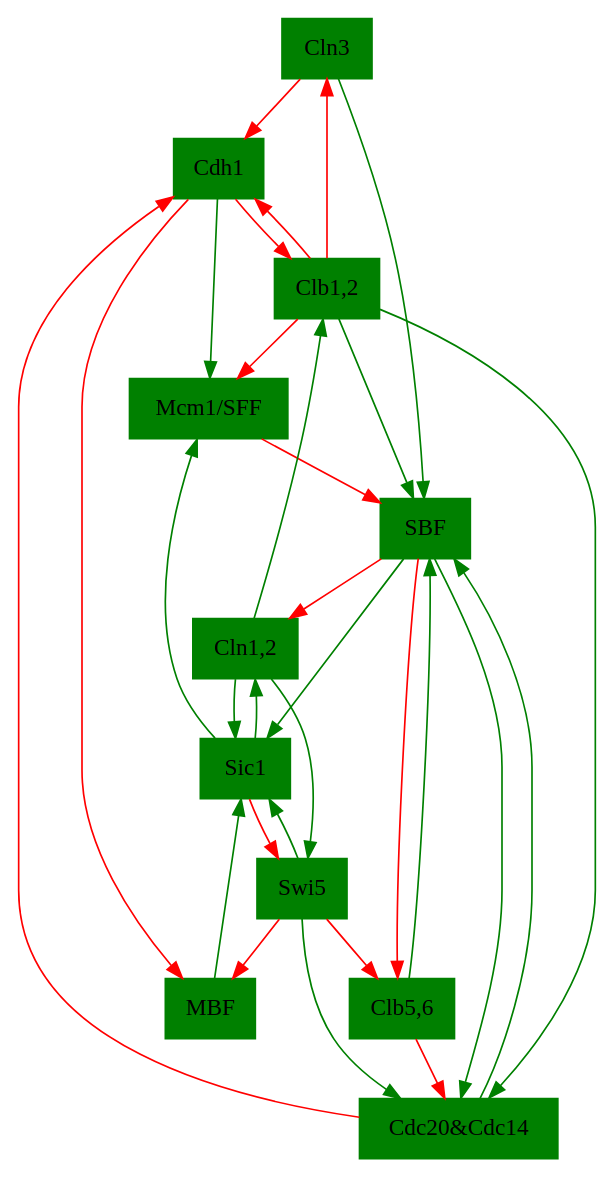
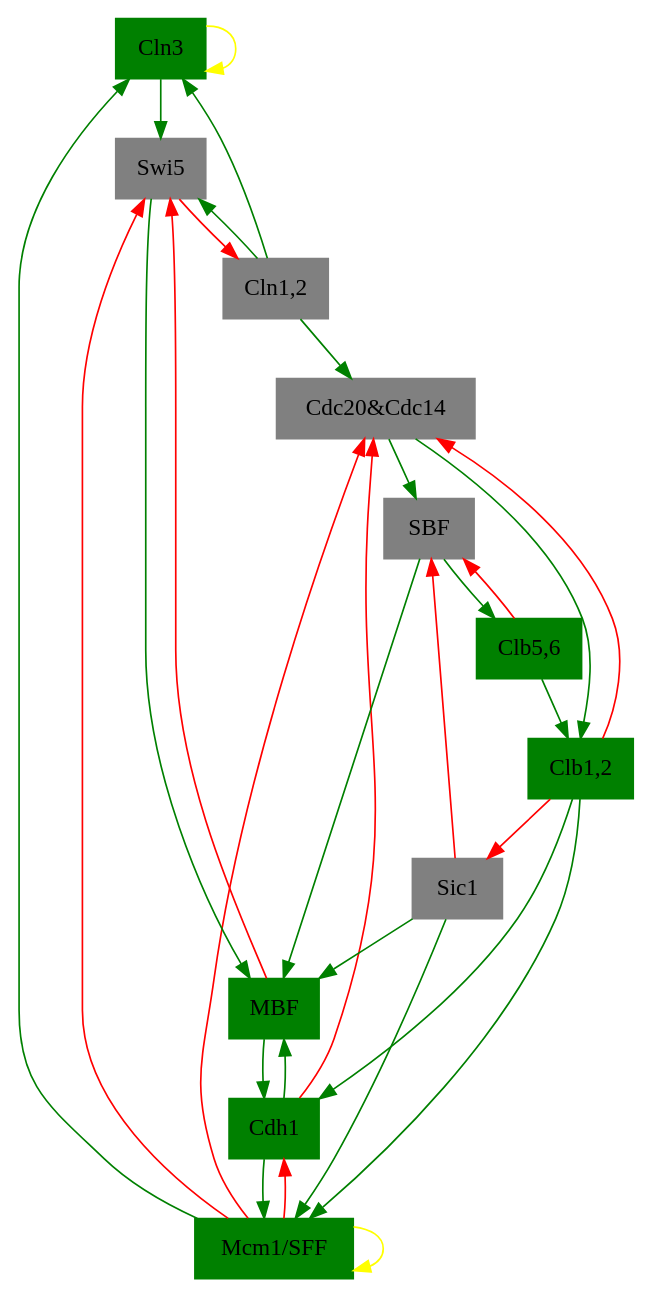
Before and after one commit to ellaqezi/cellCycle: the diagram in random.gv, drawn with Graphviz. The commit also changed 6 other files, not shown here.

```diff
--- a/random.gv
+++ b/random.gv
@@ -1,61 +1,61 @@
-digraph 11111111111  {
+digraph 11001001011  {
 "Cln3" [shape=box, color=green, style=filled];
-	edge [color=red]; 
-	"Clb1,2" -> "Cln3";
+	edge [color=yellow]; 
+	"Cln3" -> "Cln3";
+	edge [color=green]; 
+	"Cln1,2" -> "Cln3";
+	"Mcm1/SFF" -> "Cln3";
 "MBF" [shape=box, color=green, style=filled];
-	edge [color=red]; 
+	edge [color=green]; 
 	"Cdh1" -> "MBF";
+	"SBF" -> "MBF";
+	"Sic1" -> "MBF";
 	"Swi5" -> "MBF";
-"SBF" [shape=box, color=green, style=filled];
+"SBF" [shape=box, color=gray, style=filled];
 	edge [color=green]; 
 	"Cdc20&Cdc14" -> "SBF";
-	"Clb1,2" -> "SBF";
+	edge [color=red]; 
 	"Clb5,6" -> "SBF";
-	"Cln3" -> "SBF";
+	"Sic1" -> "SBF";
+"Cln1,2" [shape=box, color=gray, style=filled];
 	edge [color=red]; 
-	"Mcm1/SFF" -> "SBF";
-"Cln1,2" [shape=box, color=green, style=filled];
+	"Swi5" -> "Cln1,2";
+"Cdh1" [shape=box, color=green, style=filled];
 	edge [color=green]; 
-	"Sic1" -> "Cln1,2";
+	"Clb1,2" -> "Cdh1";
+	"MBF" -> "Cdh1";
 	edge [color=red]; 
-	"SBF" -> "Cln1,2";
-"Cdh1" [shape=box, color=green, style=filled];
-	edge [color=red]; 
-	"Cdc20&Cdc14" -> "Cdh1";
-	"Clb1,2" -> "Cdh1";
-	"Cln3" -> "Cdh1";
-"Swi5" [shape=box, color=green, style=filled];
+	"Mcm1/SFF" -> "Cdh1";
+"Swi5" [shape=box, color=gray, style=filled];
 	edge [color=green]; 
 	"Cln1,2" -> "Swi5";
+	"Cln3" -> "Swi5";
 	edge [color=red]; 
-	"Sic1" -> "Swi5";
-"Cdc20&Cdc14" [shape=box, color=green, style=filled];
+	"MBF" -> "Swi5";
+	"Mcm1/SFF" -> "Swi5";
+"Cdc20&Cdc14" [shape=box, color=gray, style=filled];
 	edge [color=green]; 
+	"Cln1,2" -> "Cdc20&Cdc14";
+	edge [color=red]; 
+	"Cdh1" -> "Cdc20&Cdc14";
 	"Clb1,2" -> "Cdc20&Cdc14";
-	"SBF" -> "Cdc20&Cdc14";
-	"Swi5" -> "Cdc20&Cdc14";
+	"Mcm1/SFF" -> "Cdc20&Cdc14";
+"Clb5,6" [shape=box, color=green, style=filled];
+	edge [color=green]; 
+	"SBF" -> "Clb5,6";
+"Sic1" [shape=box, color=gray, style=filled];
 	edge [color=red]; 
-	"Clb5,6" -> "Cdc20&Cdc14";
-"Clb5,6" [shape=box, color=green, style=filled];
-	edge [color=red]; 
-	"SBF" -> "Clb5,6";
-	"Swi5" -> "Clb5,6";
-"Sic1" [shape=box, color=green, style=filled];
-	edge [color=green]; 
-	"Cln1,2" -> "Sic1";
-	"MBF" -> "Sic1";
-	"SBF" -> "Sic1";
-	"Swi5" -> "Sic1";
+	"Clb1,2" -> "Sic1";
 "Clb1,2" [shape=box, color=green, style=filled];
 	edge [color=green]; 
-	"Cln1,2" -> "Clb1,2";
-	edge [color=red]; 
-	"Cdh1" -> "Clb1,2";
+	"Cdc20&Cdc14" -> "Clb1,2";
+	"Clb5,6" -> "Clb1,2";
 "Mcm1/SFF" [shape=box, color=green, style=filled];
+	edge [color=yellow]; 
+	"Mcm1/SFF" -> "Mcm1/SFF";
 	edge [color=green]; 
 	"Cdh1" -> "Mcm1/SFF";
+	"Clb1,2" -> "Mcm1/SFF";
 	"Sic1" -> "Mcm1/SFF";
-	edge [color=red]; 
-	"Clb1,2" -> "Mcm1/SFF";
 
 }
```
